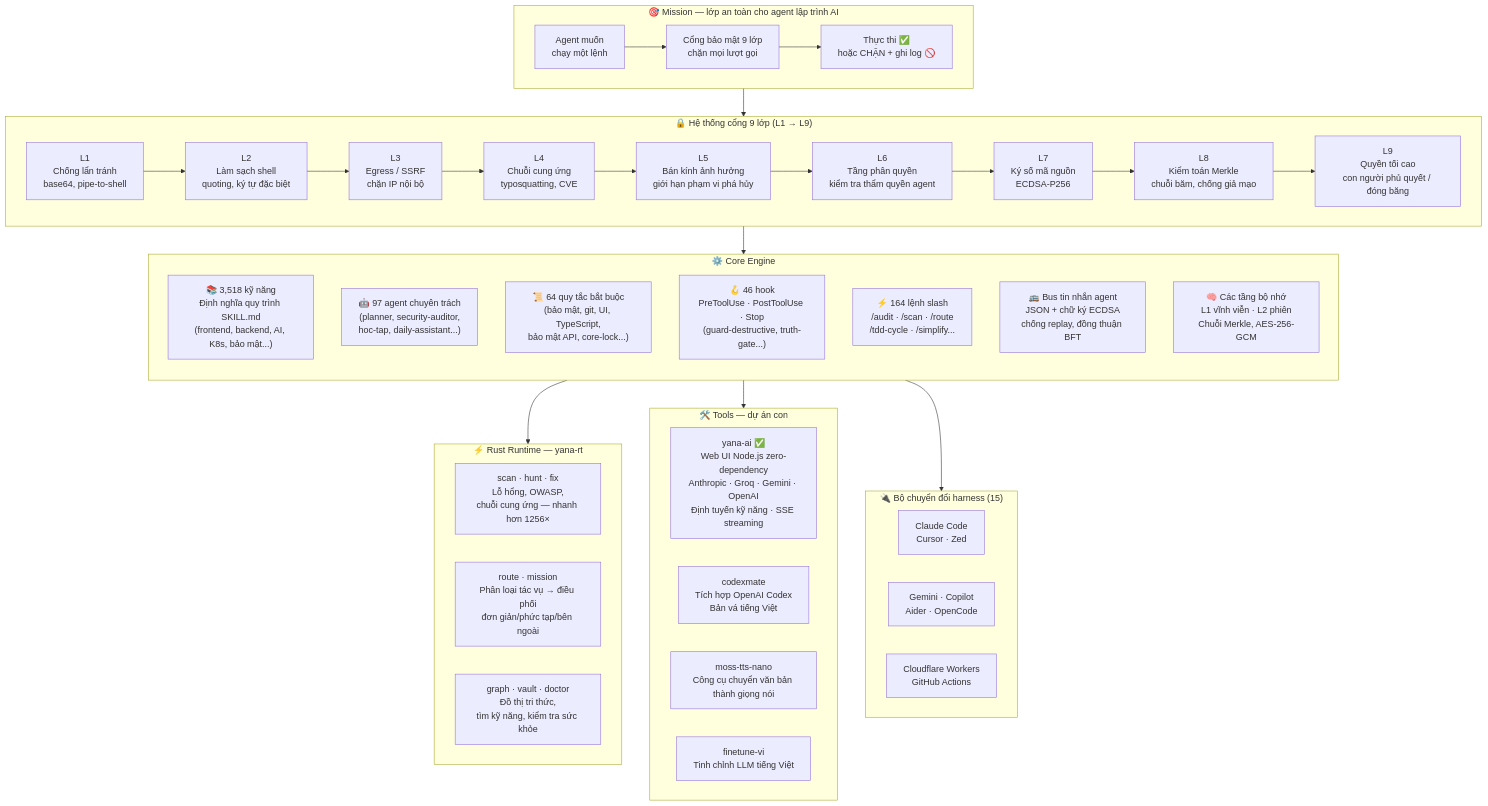
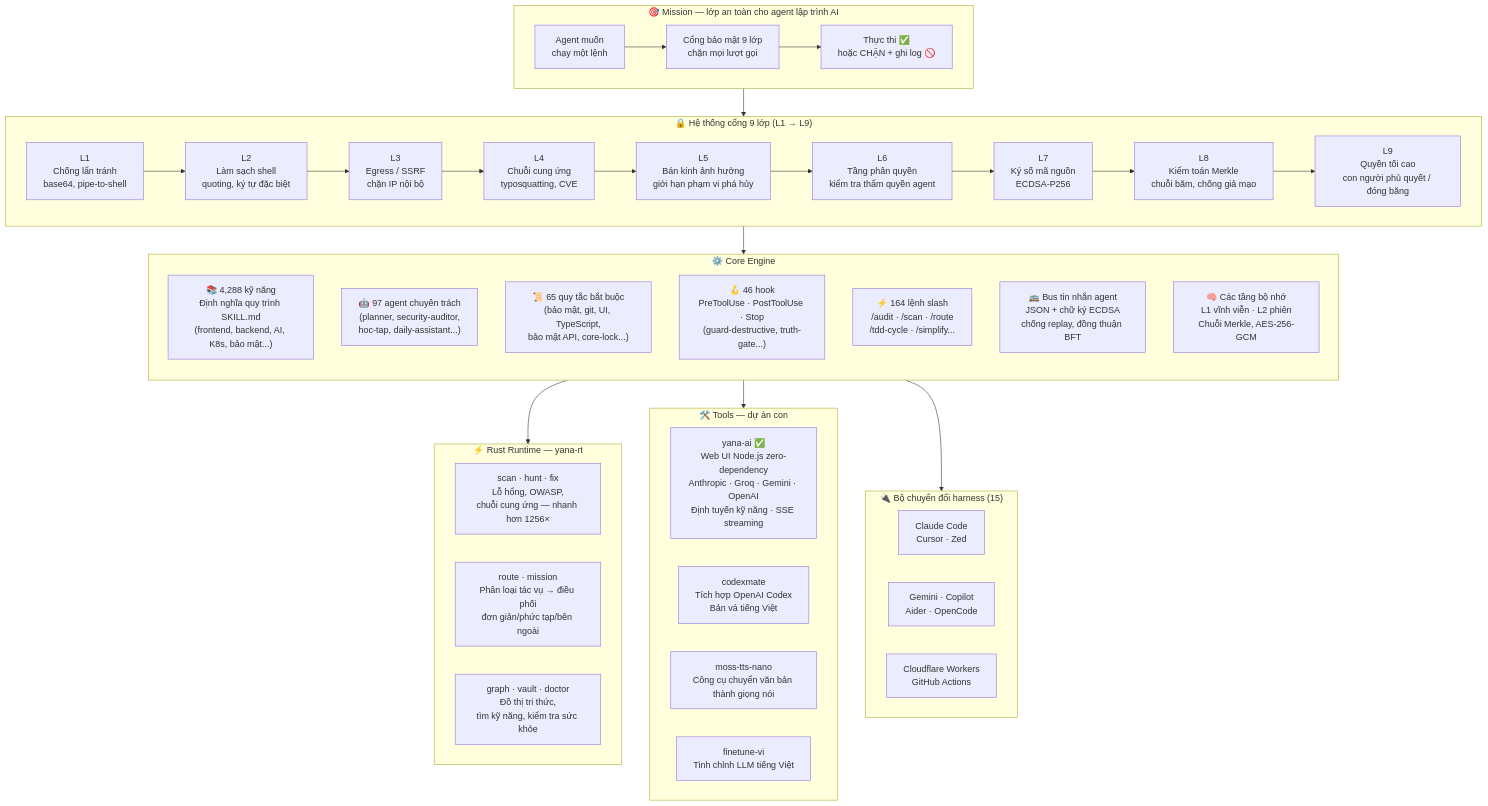
The diagram in README.vi.md (yanacuti1121/Yana-AI), drawn with Mermaid before and after one commit. The commit also changed other lines of this file and 1 other file, not shown here.

````diff
--- a/README.vi.md
+++ b/README.vi.md
@@ -93,70 +93,70 @@
 ```mermaid
 graph TB
     %% ── Mission ──────────────────────────────────────────────────────────
     subgraph MISSION["🎯 Mission — lớp an toàn cho agent lập trình AI"]
         direction LR
         AGENT["Agent muốn\nchạy một lệnh"]
         GATE["Cổng bảo mật 9 lớp\nchặn mọi lượt gọi"]
         OUT["Thực thi ✅\nhoặc CHẶN + ghi log 🚫"]
         AGENT --> GATE --> OUT
     end
 
     %% ── Gate layers ──────────────────────────────────────────────────────
     subgraph GATES["🔒 Hệ thống cổng 9 lớp (L1 → L9)"]
         direction LR
         G1["L1\nChống lẩn tránh\nbase64, pipe-to-shell"]
         G2["L2\nLàm sạch shell\nquoting, ký tự đặc biệt"]
         G3["L3\nEgress / SSRF\nchặn IP nội bộ"]
         G4["L4\nChuỗi cung ứng\ntyposquatting, CVE"]
         G5["L5\nBán kính ảnh hưởng\ngiới hạn phạm vi phá hủy"]
         G6["L6\nTầng phân quyền\nkiểm tra thẩm quyền agent"]
         G7["L7\nKý số mã nguồn\nECDSA-P256"]
         G8["L8\nKiểm toán Merkle\nchuỗi băm, chống giả mạo"]
         G9["L9\nQuyền tối cao\ncon người phủ quyết / đóng băng"]
         G1 --> G2 --> G3 --> G4 --> G5 --> G6 --> G7 --> G8 --> G9
     end
 
     %% ── Core engine ──────────────────────────────────────────────────────
     subgraph CORE["⚙️ Core Engine"]
         direction TB
-        SKILLS["📚 3,518 kỹ năng\nĐịnh nghĩa quy trình SKILL.md\n(frontend, backend, AI, K8s, bảo mật...)"]
+        SKILLS["📚 4,288 kỹ năng\nĐịnh nghĩa quy trình SKILL.md\n(frontend, backend, AI, K8s, bảo mật...)"]
         AGENTS["🤖 97 agent chuyên trách\n(planner, security-auditor,\nhoc-tap, daily-assistant...)"]
-        RULES["📜 64 quy tắc bắt buộc\n(bảo mật, git, UI, TypeScript,\nbảo mật API, core-lock...)"]
+        RULES["📜 65 quy tắc bắt buộc\n(bảo mật, git, UI, TypeScript,\nbảo mật API, core-lock...)"]
         HOOKS["🪝 46 hook\nPreToolUse · PostToolUse · Stop\n(guard-destructive, truth-gate...)"]
         CMDS["⚡ 164 lệnh slash\n/audit · /scan · /route\n/tdd-cycle · /simplify..."]
         BUS["🚌 Bus tin nhắn agent\nJSON + chữ ký ECDSA\nchống replay, đồng thuận BFT"]
         MEM["🧠 Các tầng bộ nhớ\nL1 vĩnh viễn · L2 phiên\nChuỗi Merkle, AES-256-GCM"]
     end
 
     %% ── Rust runtime ─────────────────────────────────────────────────────
     subgraph RT["⚡ Rust Runtime — yana-rt"]
         direction LR
         SCAN["scan · hunt · fix\nLỗ hổng, OWASP,\nchuỗi cung ứng — nhanh hơn 1256×"]
         ROUTE["route · mission\nPhân loại tác vụ → điều phối\nđơn giản/phức tạp/bên ngoài"]
         VAULT["graph · vault · doctor\nĐồ thị tri thức,\ntìm kỹ năng, kiểm tra sức khỏe"]
     end
 
     %% ── Tools ────────────────────────────────────────────────────────────
     subgraph TOOLS["🛠️ Tools — dự án con"]
         direction LR
         YANA["yana-ai ✅\nWeb UI Node.js zero-dependency\nAnthropic · Groq · Gemini · OpenAI\nĐịnh tuyến kỹ năng · SSE streaming"]
         CODEXMATE["codexmate\nTích hợp OpenAI Codex\nBản vá tiếng Việt"]
         MOSS["moss-tts-nano\nCông cụ chuyển văn bản thành giọng nói"]
         FINETUNE["finetune-vi\nTinh chỉnh LLM tiếng Việt"]
     end
 
     %% ── Harness adapters ─────────────────────────────────────────────────
     subgraph HARNESS["🔌 Bộ chuyển đổi harness (15)"]
         direction LR
         H1["Claude Code\nCursor · Zed"]
         H2["Gemini · Copilot\nAider · OpenCode"]
         H3["Cloudflare Workers\nGitHub Actions"]
     end
 
     %% ── Connections ──────────────────────────────────────────────────────
     MISSION --> GATES
     GATES --> CORE
     CORE --> RT
     CORE --> TOOLS
     CORE --> HARNESS
 ```
````
